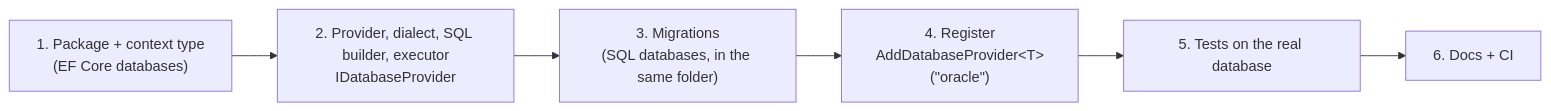
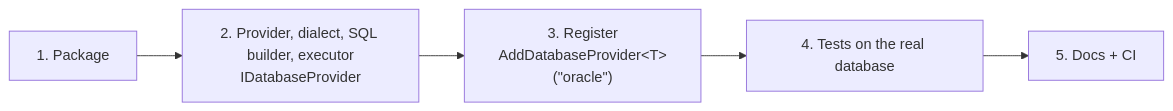
The diagram in .docs/database/adding-a-provider.md (Albadit/DotNetForge), drawn with Mermaid before and after one commit. The commit also changed other lines of this file and 303 other files, not shown here.

````diff
--- a/.docs/database/adding-a-provider.md
+++ b/.docs/database/adding-a-provider.md
@@ -7,8 +9,7 @@
 ```mermaid
 flowchart LR
-    A["1. Package + context type<br/>(EF Core databases)"] --> B["2. Provider, dialect, SQL builder, executor<br/>IDatabaseProvider"]
-    B --> C["3. Migrations<br/>(SQL databases, in the same folder)"]
-    C --> D["4. Register<br/>AddDatabaseProvider&lt;T&gt;(&quot;oracle&quot;)"]
-    D --> E["5. Tests on the real database"]
-    E --> F["6. Docs + CI"]
+    A["1. Package"] --> B["2. Provider, dialect, SQL builder, executor<br/>IDatabaseProvider"]
+    B --> D["3. Register<br/>AddDatabaseProvider&lt;T&gt;(&quot;oracle&quot;)"]
+    D --> E["4. Tests on the real database"]
+    E --> F["5. Docs + CI"]
 ```
````
